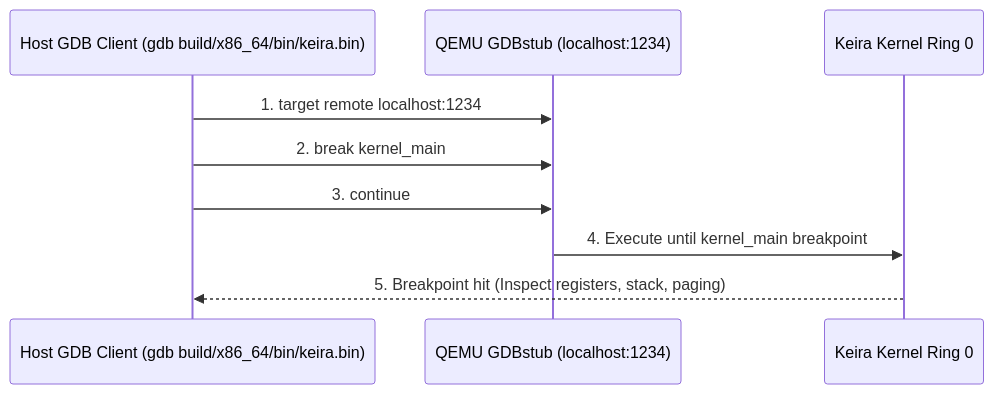
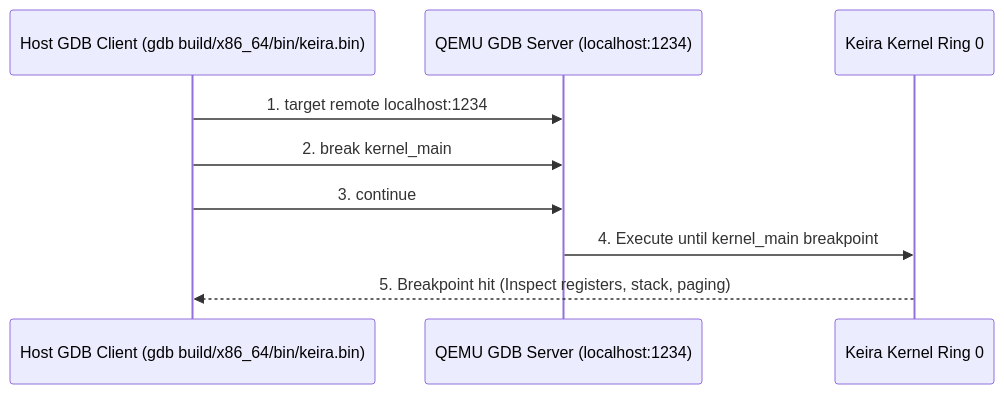
One commit to mrvlous/keira changed the diagram in docs/contributing/verification/debugging.md. Above: the diagram before and after it, drawn with Mermaid. The commit also changed 10 other files, not shown here.

````diff
--- a/docs/contributing/verification/debugging.md
+++ b/docs/contributing/verification/debugging.md
@@ -11,12 +11,12 @@
 ```mermaid
 sequenceDiagram
     participant HostGDB as Host GDB Client (gdb build/x86_64/bin/keira.bin)
-    participant QEMUTCP as QEMU GDBstub (localhost:1234)
+    participant QEMUTCP as QEMU GDB Server (localhost:1234)
     participant Kernel as Keira Kernel Ring 0
 
     HostGDB->>QEMUTCP: 1. target remote localhost:1234
     HostGDB->>QEMUTCP: 2. break kernel_main
     HostGDB->>QEMUTCP: 3. continue
     QEMUTCP->>Kernel: 4. Execute until kernel_main breakpoint
     Kernel-->>HostGDB: 5. Breakpoint hit (Inspect registers, stack, paging)
 ```
````
